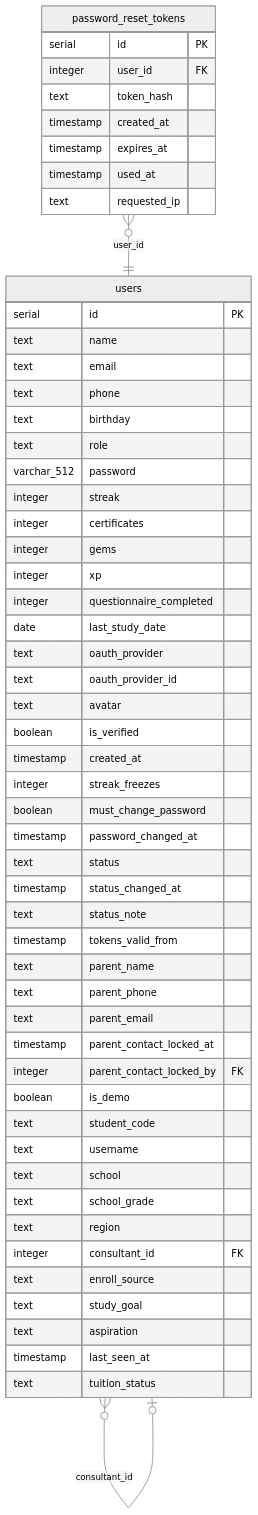
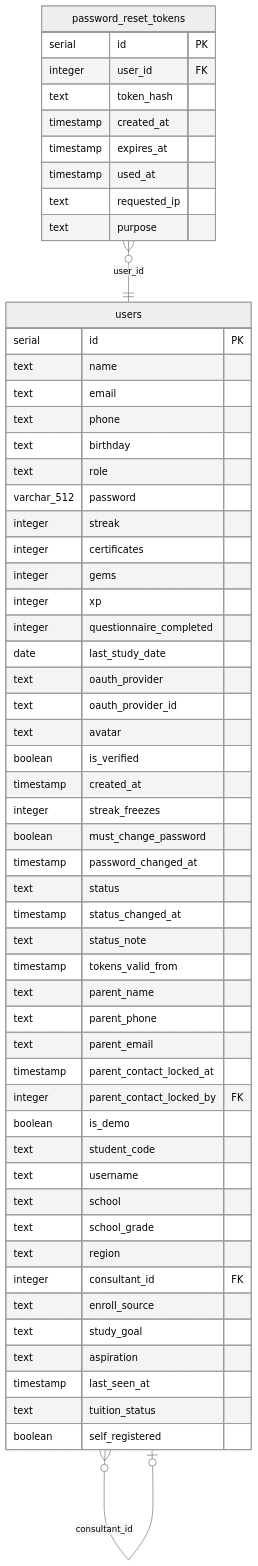
Before and after one commit to PCBoiz/PE_hsa: the ninth of 13 diagrams in docs/CAU_TRUC_DU_LIEU.md, drawn with Mermaid (neutral theme). The commit also changed other lines of this file and 35 other files, not shown here.

````diff
--- a/docs/CAU_TRUC_DU_LIEU.md
+++ b/docs/CAU_TRUC_DU_LIEU.md
@@ -1177,59 +1177,61 @@
 ```mermaid
 erDiagram
     users {
         serial id PK
         text name
         text email
         text phone
         text birthday
         text role
         varchar_512 password
         integer streak
         integer certificates
         integer gems
         integer xp
         integer questionnaire_completed
         date last_study_date
         text oauth_provider
         text oauth_provider_id
         text avatar
         boolean is_verified
         timestamp created_at
         integer streak_freezes
         boolean must_change_password
         timestamp password_changed_at
         text status
         timestamp status_changed_at
         text status_note
         timestamp tokens_valid_from
         text parent_name
         text parent_phone
         text parent_email
         timestamp parent_contact_locked_at
         integer parent_contact_locked_by FK
         boolean is_demo
         text student_code
         text username
         text school
         text school_grade
         text region
         integer consultant_id FK
         text enroll_source
         text study_goal
         text aspiration
         timestamp last_seen_at
         text tuition_status
+        boolean self_registered
     }
     password_reset_tokens {
         serial id PK
         integer user_id FK
         text token_hash
         timestamp created_at
         timestamp expires_at
         timestamp used_at
         text requested_ip
+        text purpose
     }
     users }o--o| users : "parent_contact_locked_by"
     users }o--o| users : "consultant_id"
     password_reset_tokens }o--|| users : "user_id"
 ```
````
